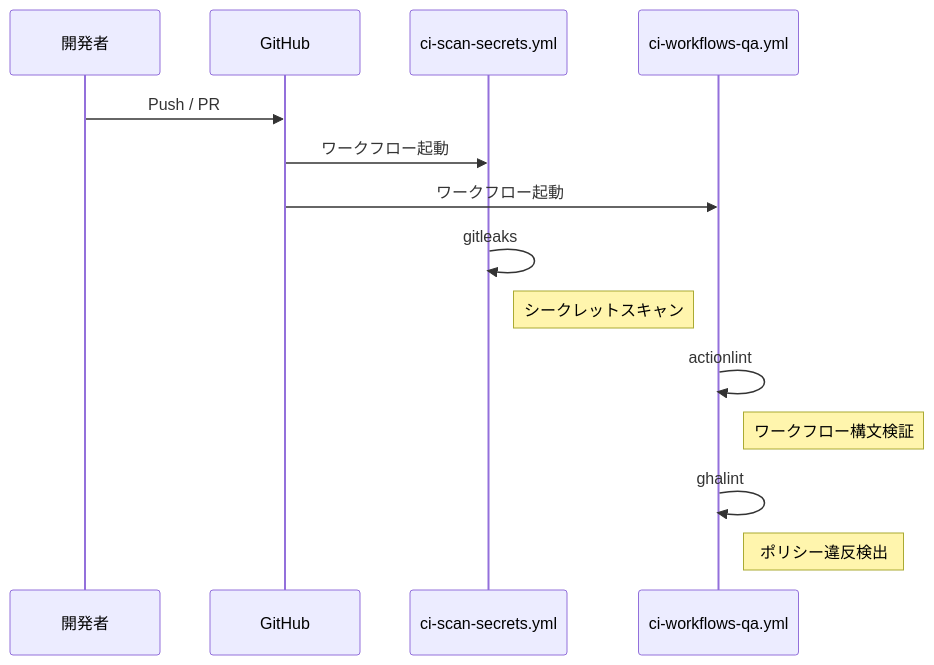
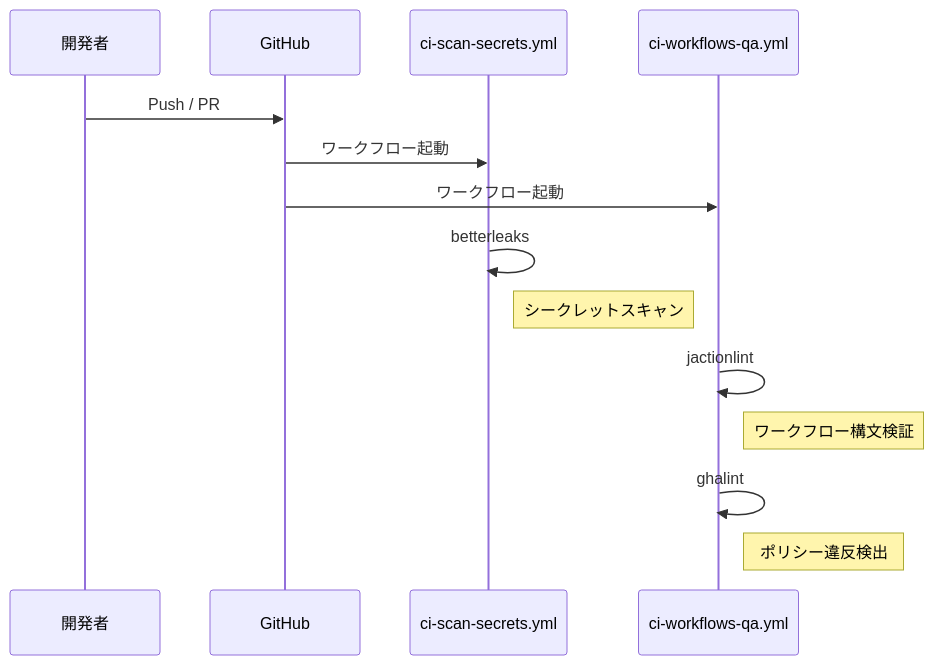
The second of 3 diagrams in docs/developer-guide/03-architecture.ja.mdx (aglabo/ci-platform), drawn with Mermaid before and after one commit. The commit also changed other lines of this file and 50 other files, not shown here.

````diff
--- a/docs/developer-guide/03-architecture.ja.mdx
+++ b/docs/developer-guide/03-architecture.ja.mdx
@@ -96,20 +96,20 @@
 ```mermaid
 sequenceDiagram
     participant dev as 開発者
     participant gh as GitHub
     participant sec as ci-scan-secrets.yml
     participant qa as ci-workflows-qa.yml
 
     dev->>gh: Push / PR
     gh->>sec: ワークフロー起動
     gh->>qa: ワークフロー起動
 
-    sec->>sec: gitleaks
+    sec->>sec: betterleaks
     Note right of sec: シークレットスキャン
 
-    qa->>qa: actionlint
+    qa->>qa: jactionlint
     Note right of qa: ワークフロー構文検証
 
     qa->>qa: ghalint
     Note right of qa: ポリシー違反検出
 ```
````
